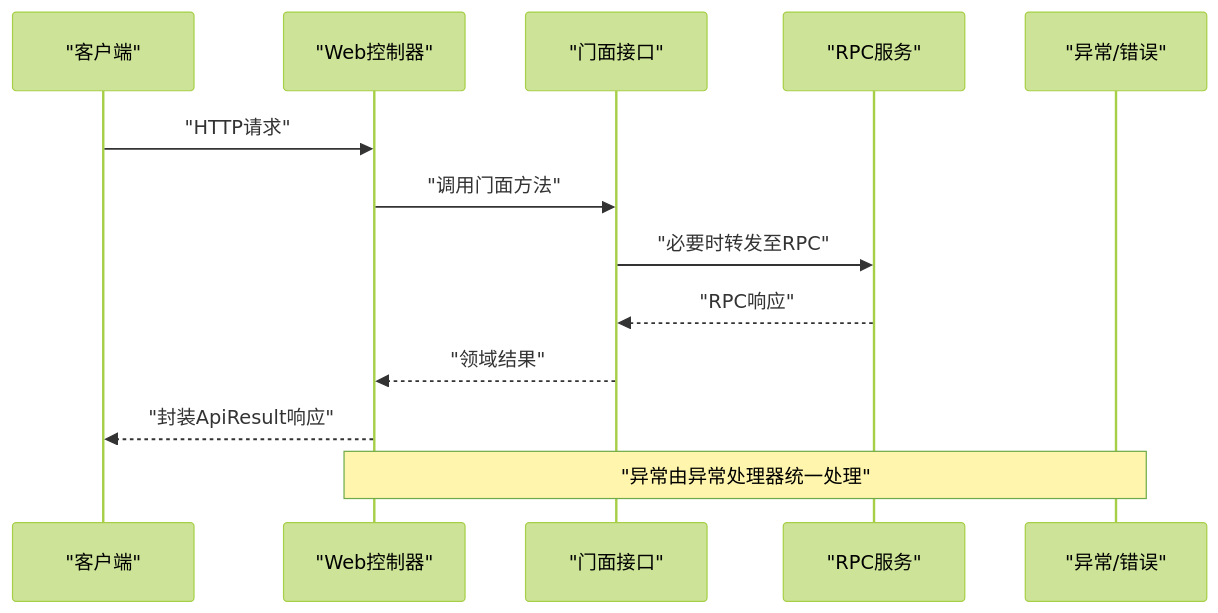
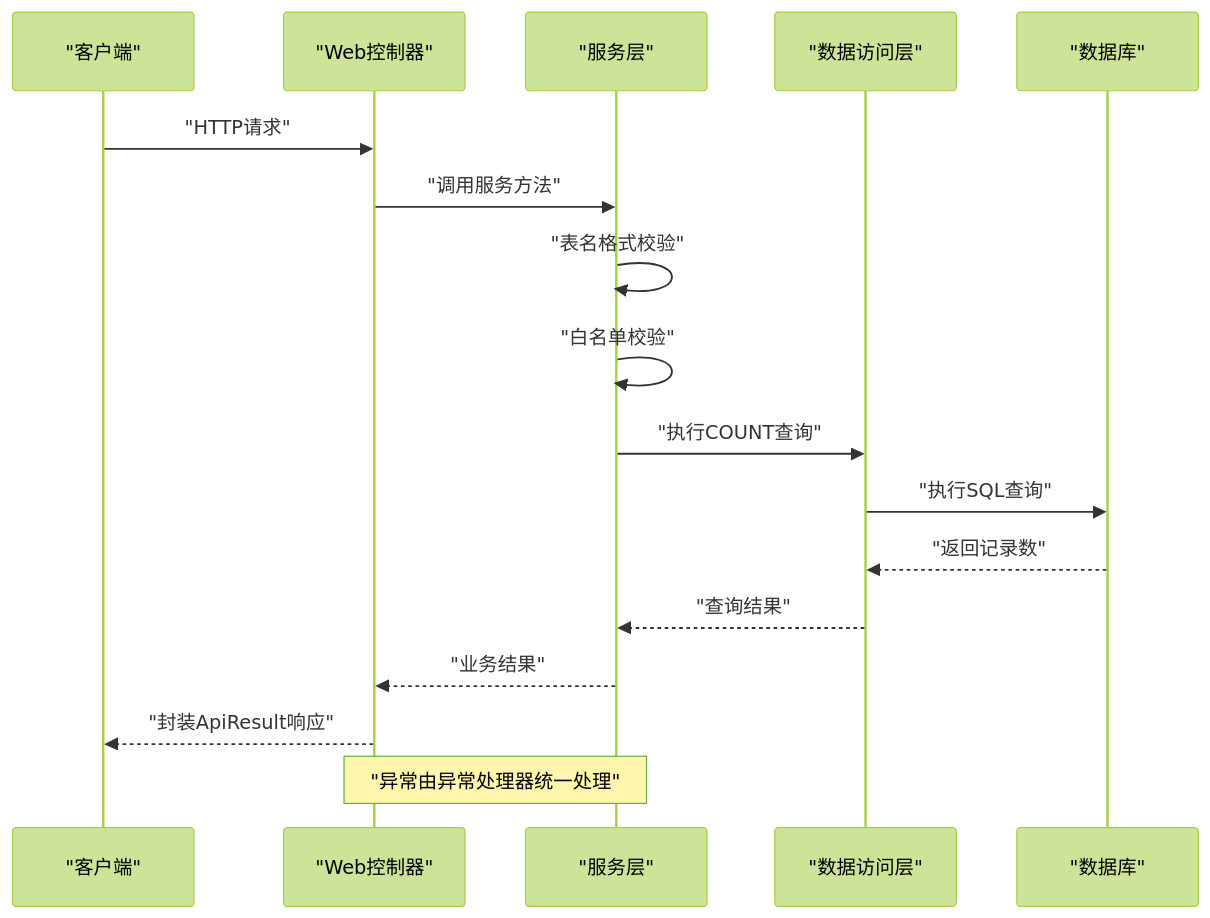
The second of 7 diagrams in .qoder/repowiki/zh/content/API接口文档.md (magicliang/domain-driven-transaction-sys), drawn with Mermaid (forest theme) before and after one commit. The commit also changed other lines of this file and 37 other files, not shown here.

````diff
--- a/.qoder/repowiki/zh/content/API接口文档.md
+++ b/.qoder/repowiki/zh/content/API接口文档.md
@@ -116,15 +128,19 @@
 ```mermaid
 sequenceDiagram
 participant C as "客户端"
 participant W as "Web控制器"
-participant F as "门面接口"
-participant R as "RPC服务"
-participant E as "异常/错误"
+participant S as "服务层"
+participant M as "数据访问层"
+participant DB as "数据库"
 C->>W : "HTTP请求"
-W->>F : "调用门面方法"
-F->>R : "必要时转发至RPC"
-R-->>F : "RPC响应"
-F-->>W : "领域结果"
+W->>S : "调用服务方法"
+S->>S : "表名格式校验"
+S->>S : "白名单校验"
+S->>M : "执行COUNT查询"
+M->>DB : "执行SQL查询"
+DB-->>M : "返回记录数"
+M-->>S : "查询结果"
+S-->>W : "业务结果"
 W-->>C : "封装ApiResult响应"
-Note over W,E : "异常由异常处理器统一处理"
+Note over W,S : "异常由异常处理器统一处理"
 ```
````
